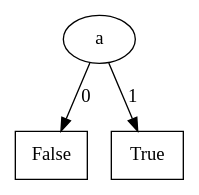
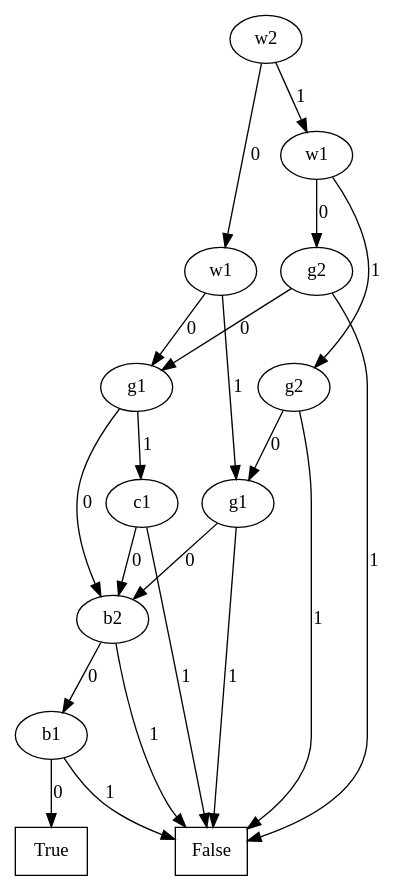
Before and after one commit to lputruele/tesis: the diagram in Mu-calculus_model_checker/f6.dot, drawn with Graphviz. The commit also changed 10 other files, not shown here.

```diff
--- a/Mu-calculus_model_checker/f6.dot
+++ b/Mu-calculus_model_checker/f6.dot
@@ -1,15 +1,75 @@
 digraph BDD {
 node[shape=oval];
-2[label="a"];
+11[label="w2"];
+7[label="w1"];
+5[label="g1"];
+3[label="b2"];
+2[label="b1"];
+node[shape=rectangle];
+1[label=True];
+node[shape=oval];
+
+2->1[label=0];
 node[shape=rectangle];
 0[label=False];
 node[shape=oval];
 
-2->0[label=0];
+2->0[label=1];
+
+3->2[label=0];
 node[shape=rectangle];
-1[label=True];
+0[label=False];
 node[shape=oval];
 
-2->1[label=1];
+3->0[label=1];
+
+5->3[label=0];
+4[label="c1"];
+
+4->3[label=0];
+node[shape=rectangle];
+0[label=False];
+node[shape=oval];
+
+4->0[label=1];
+
+5->4[label=1];
+
+7->5[label=0];
+6[label="g1"];
+
+6->3[label=0];
+node[shape=rectangle];
+0[label=False];
+node[shape=oval];
+
+6->0[label=1];
+
+7->6[label=1];
+
+11->7[label=0];
+10[label="w1"];
+8[label="g2"];
+
+8->5[label=0];
+node[shape=rectangle];
+0[label=False];
+node[shape=oval];
+
+8->0[label=1];
+
+10->8[label=0];
+9[label="g2"];
+
+9->6[label=0];
+node[shape=rectangle];
+0[label=False];
+node[shape=oval];
+
+9->0[label=1];
+
+10->9[label=1];
+
+11->10[label=1];
 
 }
```
